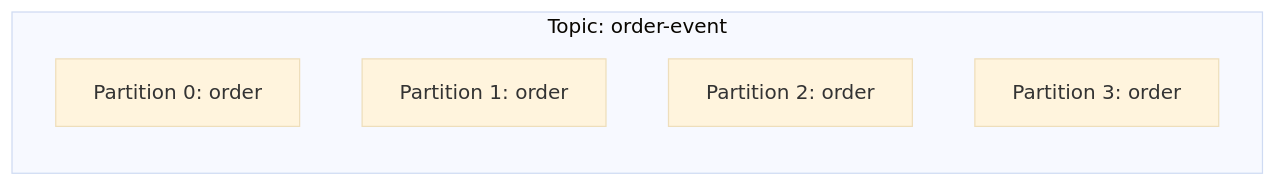
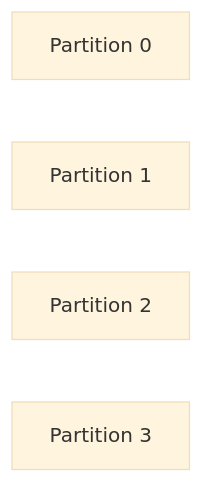
Before and after one commit to yjkim2015/yjkim2015.github.io: the third of 17 diagrams in _posts/kafka/2026-05-01-kafka-fundamentals.md, drawn with Mermaid (base theme). The commit also changed other lines of this file and 155 other files, not shown here.

First line of the commit message:
Mermaid 전면 수정: subgraph 제거, participant/노드/줄수 축소 (342블록)

````diff
--- a/_posts/kafka/2026-05-01-kafka-fundamentals.md
+++ b/_posts/kafka/2026-05-01-kafka-fundamentals.md
@@ -82,9 +78,7 @@
 ```mermaid
 graph LR
-    subgraph topic["Topic: order-event"]
-        P0["Partition 0: order"]
-        P1["Partition 1: order"]
-        P2["Partition 2: order"]
-        P3["Partition 3: order"]
-    end
+    P0["Partition 0"]
+    P1["Partition 1"]
+    P2["Partition 2"]
+    P3["Partition 3"]
 ```
````
